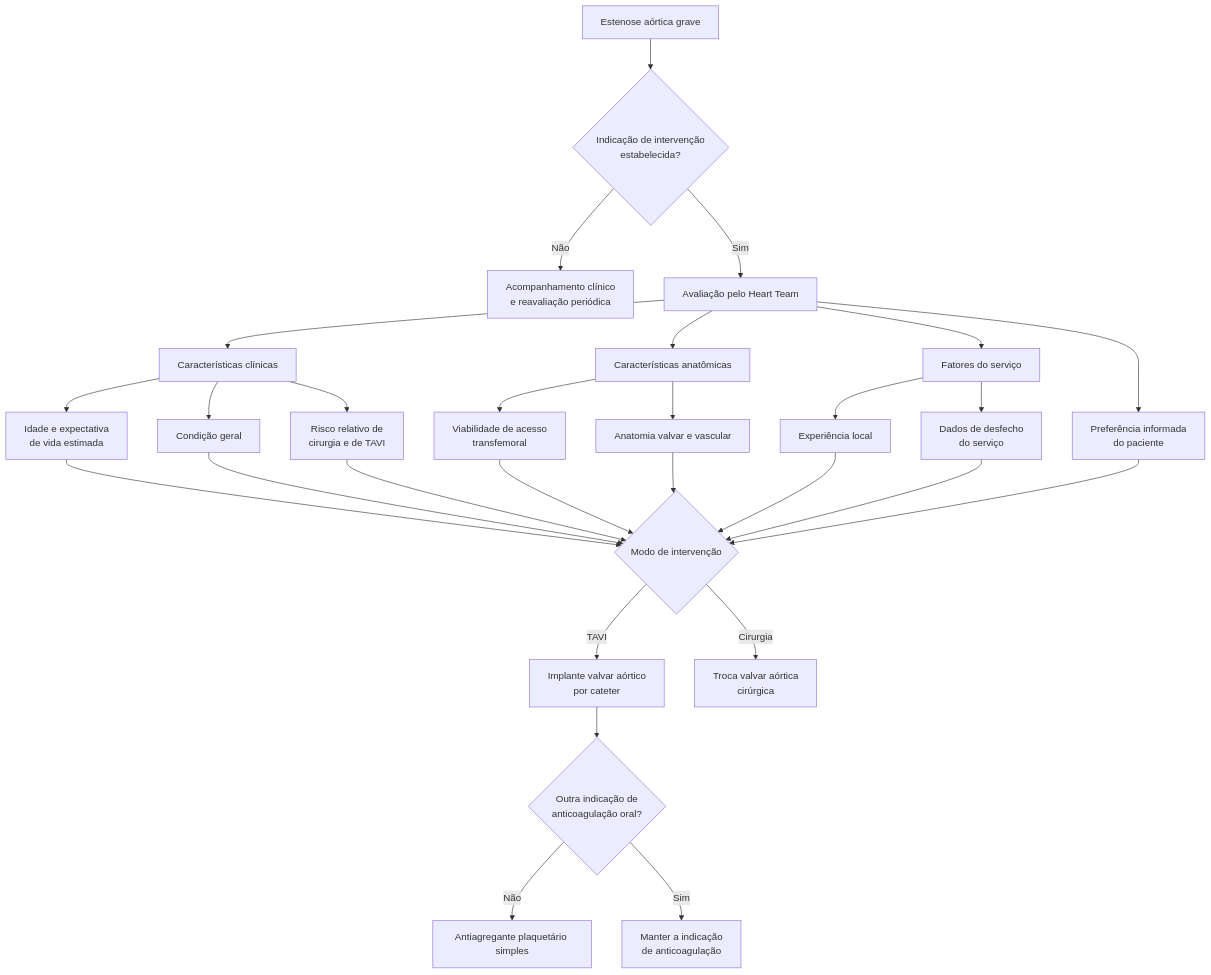
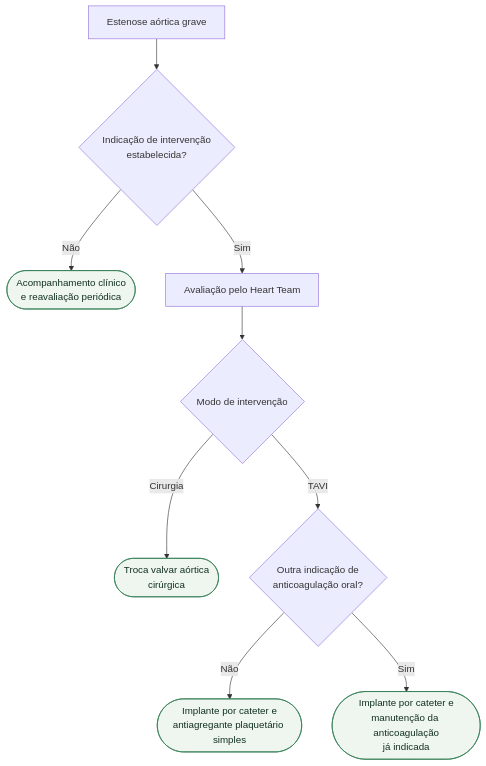
Before and after one commit to rafaelpaesmeirelles/MeuCardio: the diagram in content/Valvopatias/fluxograma-estenose-aortica-decisao-de-intervencao-esc-eacts-2021.md, drawn with Mermaid. The commit also changed other lines of this file and 18 other files, not shown here.

````diff
--- a/content/Valvopatias/fluxograma-estenose-aortica-decisao-de-intervencao-esc-eacts-2021.md
+++ b/content/Valvopatias/fluxograma-estenose-aortica-decisao-de-intervencao-esc-eacts-2021.md
@@ -21,37 +21,18 @@
 ```mermaid
 flowchart TD
-  A["Estenose aórtica grave"] --> B{"Indicação de intervenção<br/>estabelecida?"}
-  B -->|Não| C["Acompanhamento clínico<br/>e reavaliação periódica"]
-  B -->|Sim| D["Avaliação pelo Heart Team"]
+  R0["Estenose aórtica grave"] --> D1{"Indicação de intervenção<br/>estabelecida?"}
 
-  D --> E["Características clínicas"]
-  D --> F["Características anatômicas"]
-  D --> G["Fatores do serviço"]
-  D --> H["Preferência informada<br/>do paciente"]
+  D1 -->|Não| C1(["Acompanhamento clínico<br/>e reavaliação periódica"])
 
-  E --> E1["Idade e expectativa<br/>de vida estimada"]
-  E --> E2["Condição geral"]
-  E --> E3["Risco relativo de<br/>cirurgia e de TAVI"]
+  D1 -->|Sim| P1["Avaliação pelo Heart Team"]
+  P1 --> D2{"Modo de intervenção"}
 
-  F --> F1["Viabilidade de acesso<br/>transfemoral"]
-  F --> F2["Anatomia valvar e vascular"]
+  D2 -->|Cirurgia| C2(["Troca valvar aórtica<br/>cirúrgica"])
 
-  G --> G1["Experiência local"]
-  G --> G2["Dados de desfecho<br/>do serviço"]
+  D2 -->|TAVI| D3{"Outra indicação de<br/>anticoagulação oral?"}
+  D3 -->|Não| C3(["Implante por cateter e<br/>antiagregante plaquetário simples"])
+  D3 -->|Sim| C4(["Implante por cateter e<br/>manutenção da anticoagulação<br/>já indicada"])
 
-  E1 --> I{"Modo de intervenção"}
-  E2 --> I
-  E3 --> I
-  F1 --> I
-  F2 --> I
-  G1 --> I
-  G2 --> I
-  H --> I
-
-  I -->|TAVI| J["Implante valvar aórtico<br/>por cateter"]
-  I -->|Cirurgia| K["Troca valvar aórtica<br/>cirúrgica"]
-
-  J --> L{"Outra indicação de<br/>anticoagulação oral?"}
-  L -->|Não| M["Antiagregante plaquetário simples"]
-  L -->|Sim| N["Manter a indicação<br/>de anticoagulação"]
+  classDef conduta fill:#eef6ef,stroke:#2f7a4f,color:#12301f;
+  class C1,C2,C3,C4 conduta;
 ```
````
